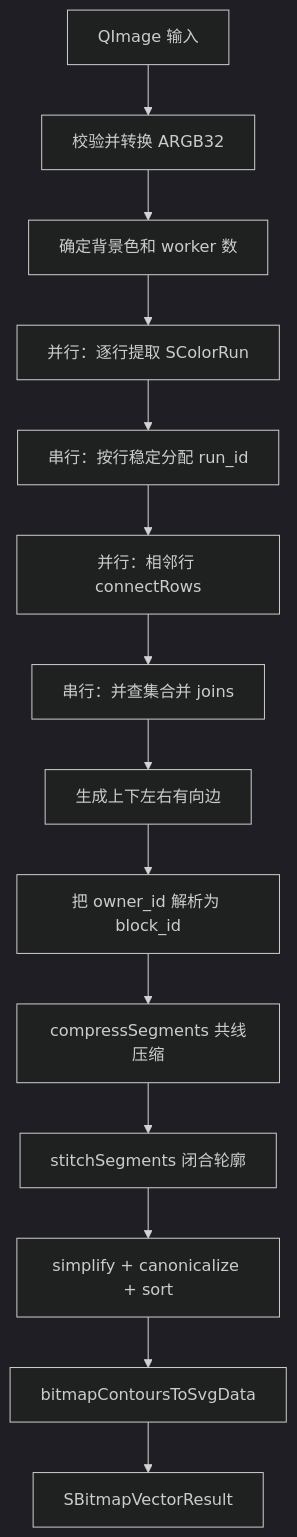
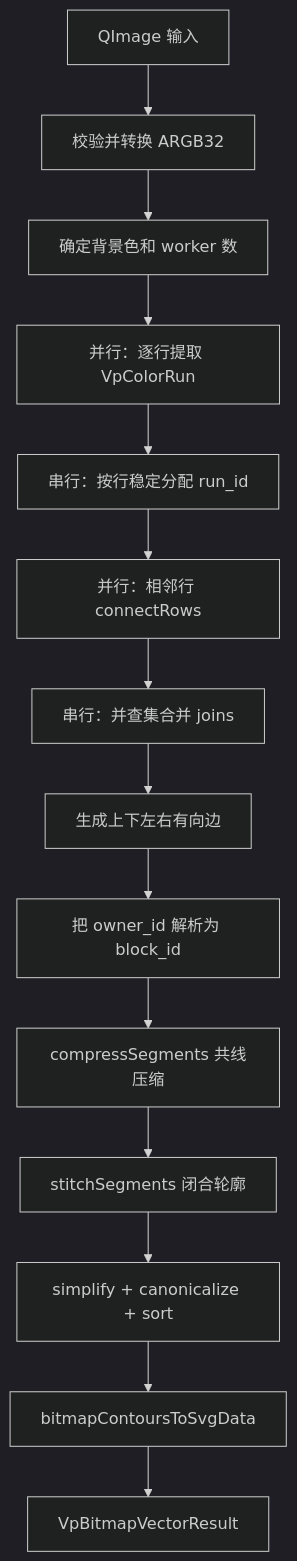
One commit to HJX0201/vectorPath changed the first of 10 diagrams in sgraphDocs/BITMAP_VECTORIZATION_SOURCE_REFERENCE.md. Above: the diagram before and after it, drawn with Mermaid (dark theme). The commit also changed other lines of this file and 628 other files, not shown here.

````diff
--- a/sgraphDocs/BITMAP_VECTORIZATION_SOURCE_REFERENCE.md
+++ b/sgraphDocs/BITMAP_VECTORIZATION_SOURCE_REFERENCE.md
@@ -92,16 +92,16 @@
 ```mermaid
 flowchart TD
     A["QImage 输入"] --> B["校验并转换 ARGB32"]
     B --> C["确定背景色和 worker 数"]
-    C --> D["并行：逐行提取 SColorRun"]
+    C --> D["并行：逐行提取 VpColorRun"]
     D --> E["串行：按行稳定分配 run_id"]
     E --> F["并行：相邻行 connectRows"]
     F --> G["串行：并查集合并 joins"]
     G --> H["生成上下左右有向边"]
     H --> I["把 owner_id 解析为 block_id"]
     I --> J["compressSegments 共线压缩"]
     J --> K["stitchSegments 闭合轮廓"]
     K --> L["simplify + canonicalize + sort"]
     L --> M["bitmapContoursToSvgData"]
-    M --> N["SBitmapVectorResult"]
+    M --> N["VpBitmapVectorResult"]
 ```
````
